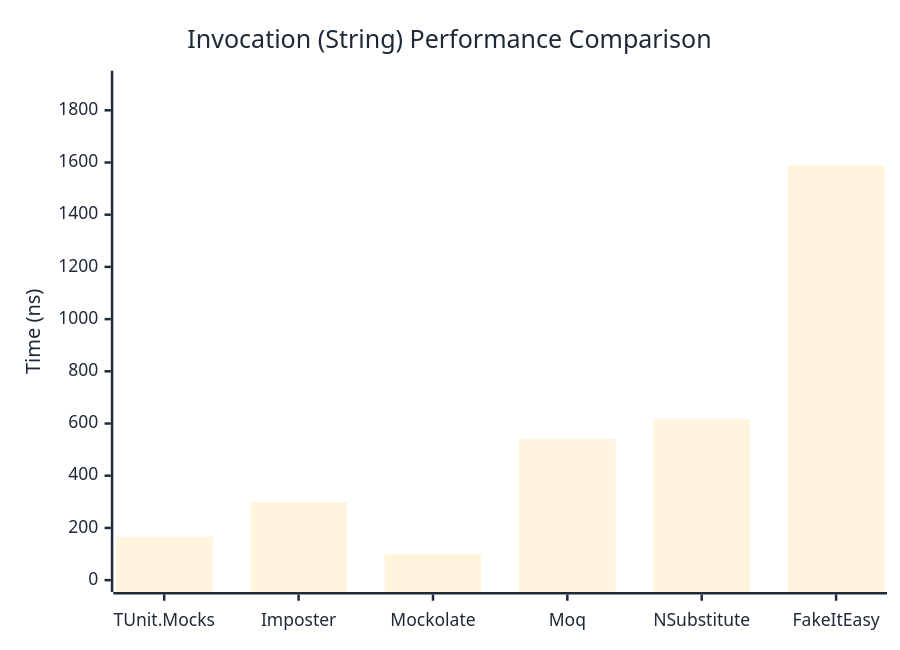
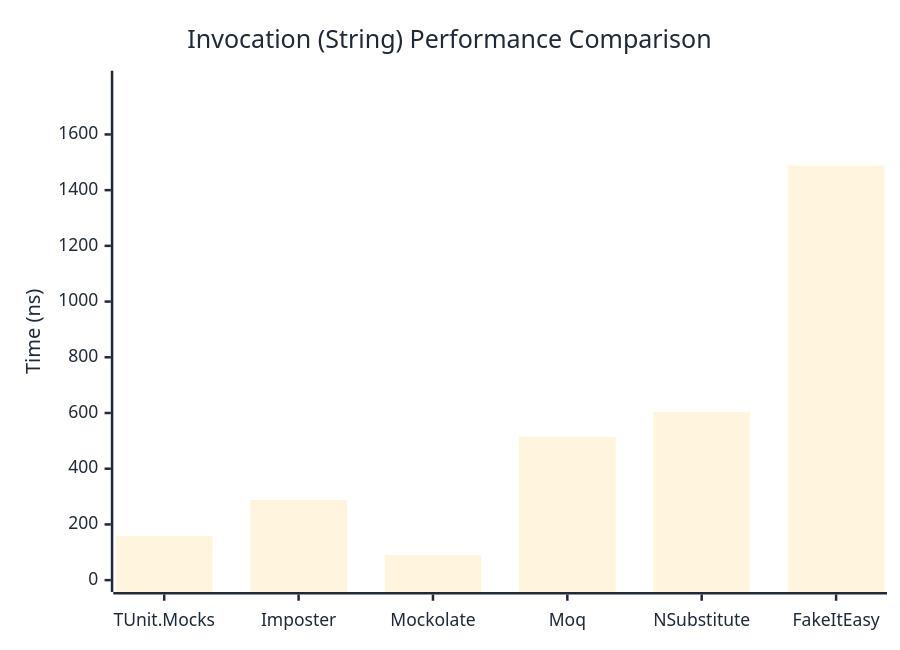
The second of 3 diagrams in docs/docs/benchmarks/mocks/Invocation.md (thomhurst/TUnit), drawn with Mermaid before and after one commit. The commit also changed other lines of this file and 14 other files, not shown here.

````diff
--- a/docs/docs/benchmarks/mocks/Invocation.md
+++ b/docs/docs/benchmarks/mocks/Invocation.md
@@ -69,27 +69,27 @@
 ```mermaid
 %%{init: {
   'theme':'base',
   'themeVariables': {
     'primaryColor': '#2563eb',
     'primaryTextColor': '#1f2937',
     'primaryBorderColor': '#1e40af',
     'lineColor': '#6b7280',
     'secondaryColor': '#7c3aed',
     'tertiaryColor': '#dc2626',
     'background': '#ffffff',
     'pie1': '#2563eb',
     'pie2': '#7c3aed',
     'pie3': '#dc2626',
     'pie4': '#f59e0b',
     'pie5': '#10b981',
     'pie6': '#06b6d4',
     'pie7': '#ec4899',
     'pie8': '#6366f1'
   }
 }}%%
 xychart-beta
   title "Invocation (String) Performance Comparison"
   x-axis ["TUnit.Mocks", "Imposter", "Mockolate", "Moq", "NSubstitute", "FakeItEasy"]
-  y-axis "Time (ns)" 0 --> 1906
-  bar [166.12, 299.08, 99.58, 539.76, 616.67, 1587.78]
+  y-axis "Time (ns)" 0 --> 1786
+  bar [158.77, 287.83, 90.76, 514.18, 604.24, 1487.68]
 ```
````
